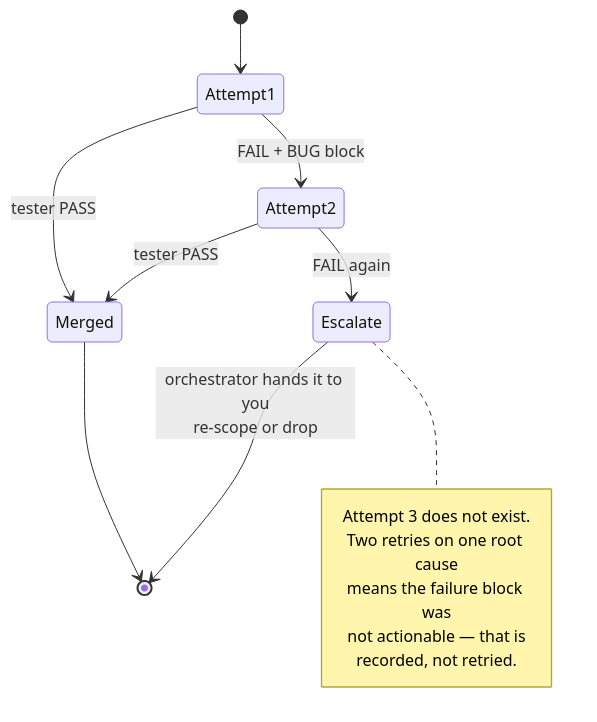
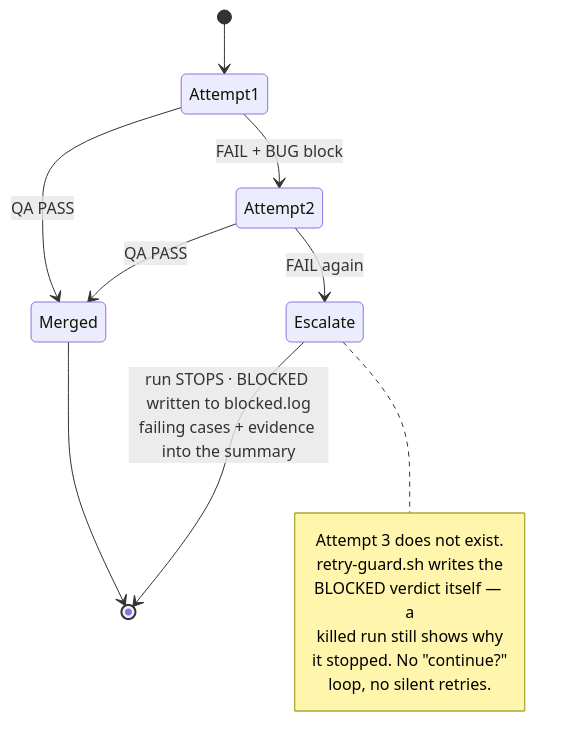
The fifth of 8 diagrams in docs/workflow.md (irfanguvian/team-irfan), drawn with Mermaid before and after one commit. The commit also changed other lines of this file and 10 other files, not shown here.

First line of the commit message:
docs: README + workflow.md for the 7-step FULL flow; qa rename sweep; plugin v3.0.0

````diff
--- a/docs/workflow.md
+++ b/docs/workflow.md
@@ -173,18 +178,19 @@
 ```mermaid
 stateDiagram-v2
     [*] --> Attempt1
-    Attempt1 --> Merged: tester PASS
+    Attempt1 --> Merged: QA PASS
     Attempt1 --> Attempt2: FAIL + BUG block
-    Attempt2 --> Merged: tester PASS
+    Attempt2 --> Merged: QA PASS
     Attempt2 --> Escalate: FAIL again
-    Escalate --> [*]: orchestrator hands it to you<br/>re-scope or drop
+    Escalate --> [*]: run STOPS · BLOCKED written to blocked.log<br/>failing cases + evidence into the summary
     Merged --> [*]
 
     note right of Escalate
         Attempt 3 does not exist.
-        Two retries on one root cause
-        means the failure block was
-        not actionable — that is
-        recorded, not retried.
+        retry-guard.sh writes the
+        BLOCKED verdict itself — a
+        killed run still shows why
+        it stopped. No "continue?"
+        loop, no silent retries.
     end note
 ```
````
